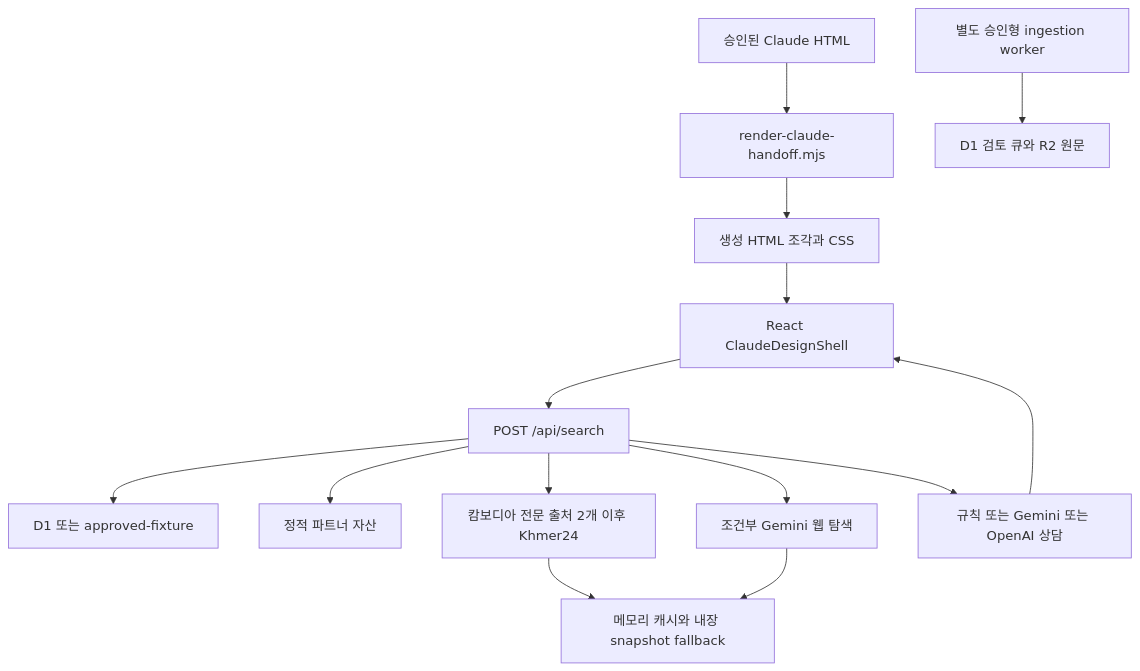
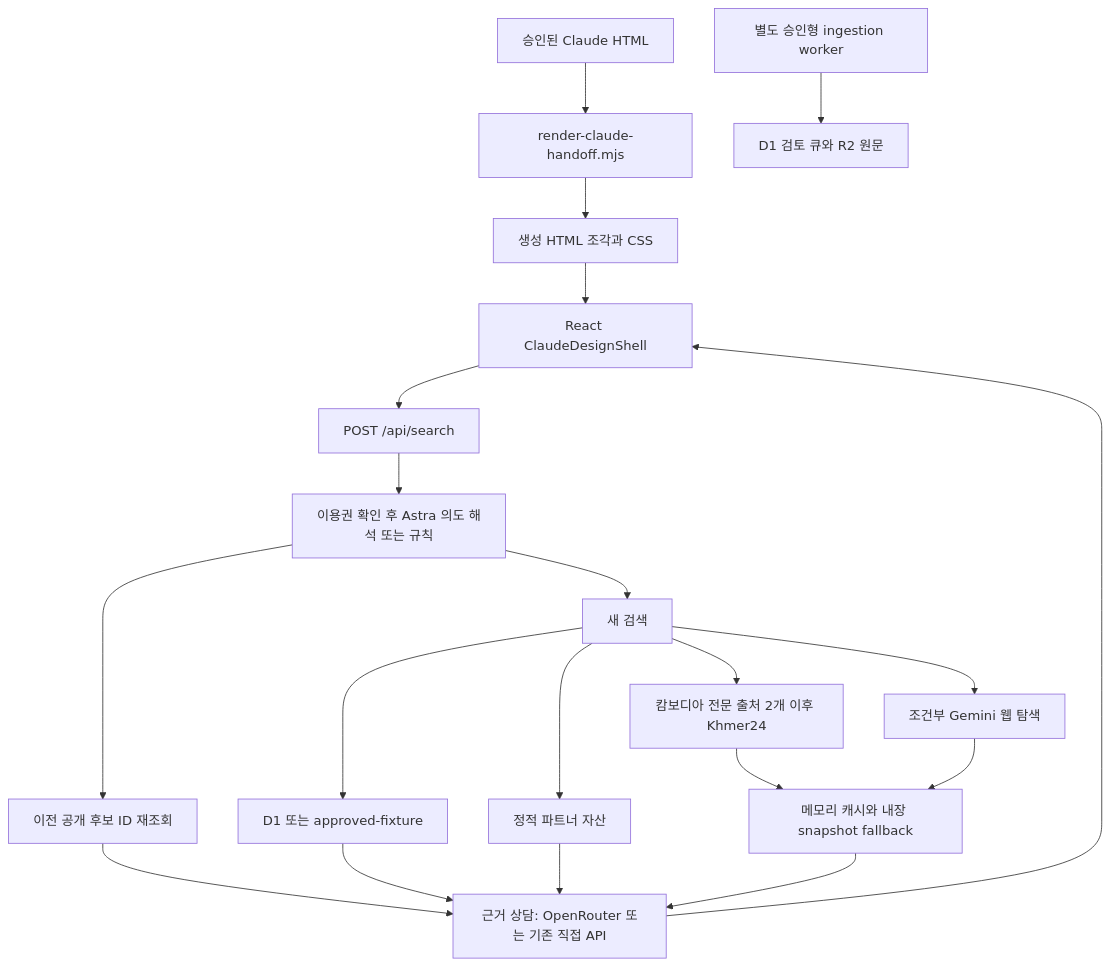
Before and after one commit to kenwac74-svg/GLI: the diagram in docs/implementation/CURRENT-STATE.md, drawn with Mermaid. The commit also changed other lines of this file and 131 other files, not shown here.

````diff
--- a/docs/implementation/CURRENT-STATE.md
+++ b/docs/implementation/CURRENT-STATE.md
@@ -7,16 +73,22 @@
 ```mermaid
 flowchart TD
   H[승인된 Claude HTML] --> G[render-claude-handoff.mjs]
   G --> R[생성 HTML 조각과 CSS]
   R --> U[React ClaudeDesignShell]
   U --> S[POST /api/search]
-  S --> D[D1 또는 approved-fixture]
-  S --> P[정적 파트너 자산]
-  S --> C[캄보디아 전문 출처 2개 이후 Khmer24]
+  S --> I[이용권 확인 후 Astra 의도 해석 또는 규칙]
+  I --> N[새 검색]
+  I --> RQ[이전 공개 후보 ID 재조회]
+  N --> D[D1 또는 approved-fixture]
+  N --> P[정적 파트너 자산]
+  N --> C[캄보디아 전문 출처 2개 이후 Khmer24]
   C --> M[메모리 캐시와 내장 snapshot fallback]
-  S --> W[조건부 Gemini 웹 탐색]
+  N --> W[조건부 Gemini 웹 탐색]
   W --> M
-  S --> A[규칙 또는 Gemini 또는 OpenAI 상담]
+  RQ --> A[근거 상담: OpenRouter 또는 기존 직접 API]
+  D --> A
+  P --> A
+  M --> A
   A --> U
   J[별도 승인형 ingestion worker] --> Q[D1 검토 큐와 R2 원문]
 ```
````
